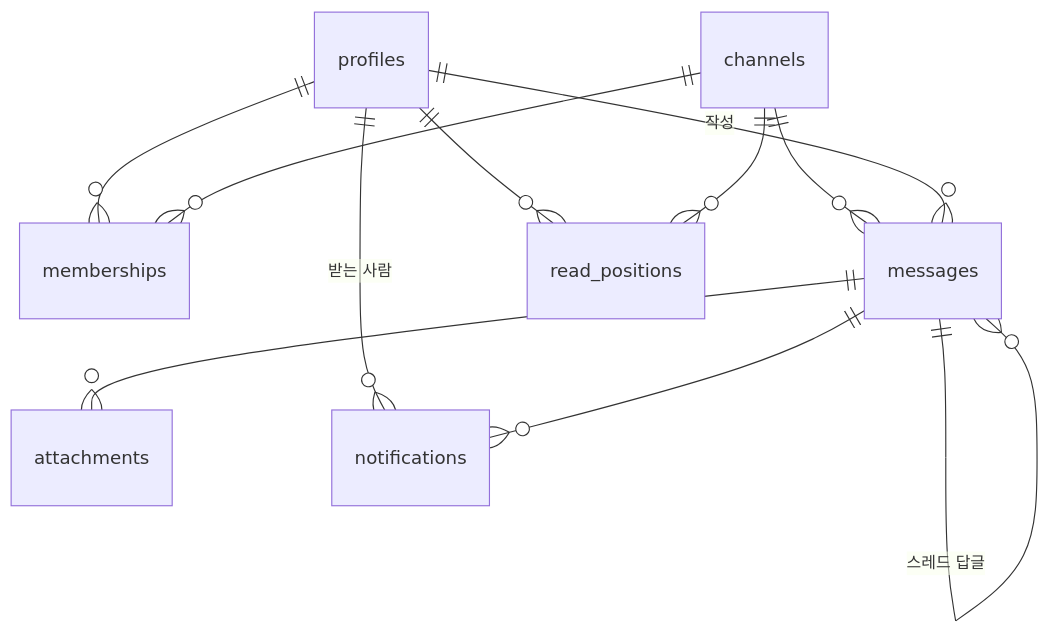
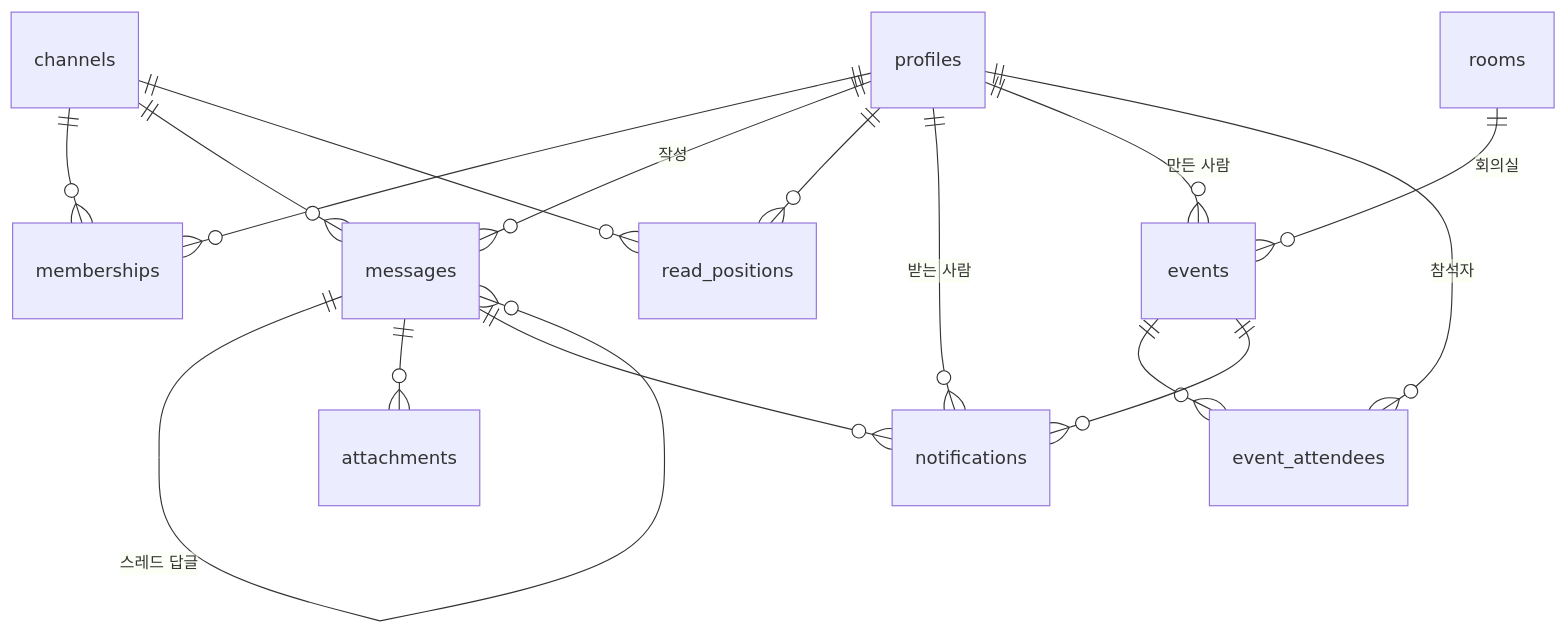
Before and after one commit to rome777/office-chat: the second of 2 diagrams in DevelopDoc/TECH_SPEC.md, drawn with Mermaid. The commit also changed other lines of this file and 4 other files, not shown here.

````diff
--- a/DevelopDoc/TECH_SPEC.md
+++ b/DevelopDoc/TECH_SPEC.md
@@ -73,13 +73,18 @@
 ```mermaid
 erDiagram
   profiles ||--o{ memberships : ""
   channels ||--o{ memberships : ""
   channels ||--o{ messages : ""
   profiles ||--o{ messages : "작성"
   messages ||--o{ messages : "스레드 답글"
   messages ||--o{ attachments : ""
   profiles ||--o{ read_positions : ""
   channels ||--o{ read_positions : ""
   profiles ||--o{ notifications : "받는 사람"
   messages ||--o{ notifications : ""
+  rooms ||--o{ events : "회의실"
+  profiles ||--o{ events : "만든 사람"
+  events ||--o{ event_attendees : ""
+  profiles ||--o{ event_attendees : "참석자"
+  events ||--o{ notifications : ""
 ```
````
